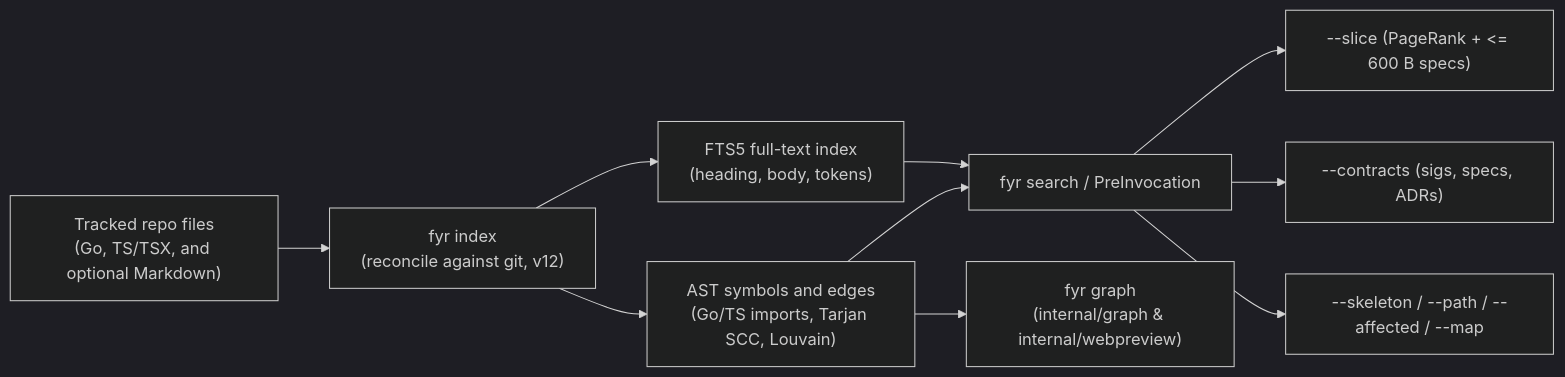
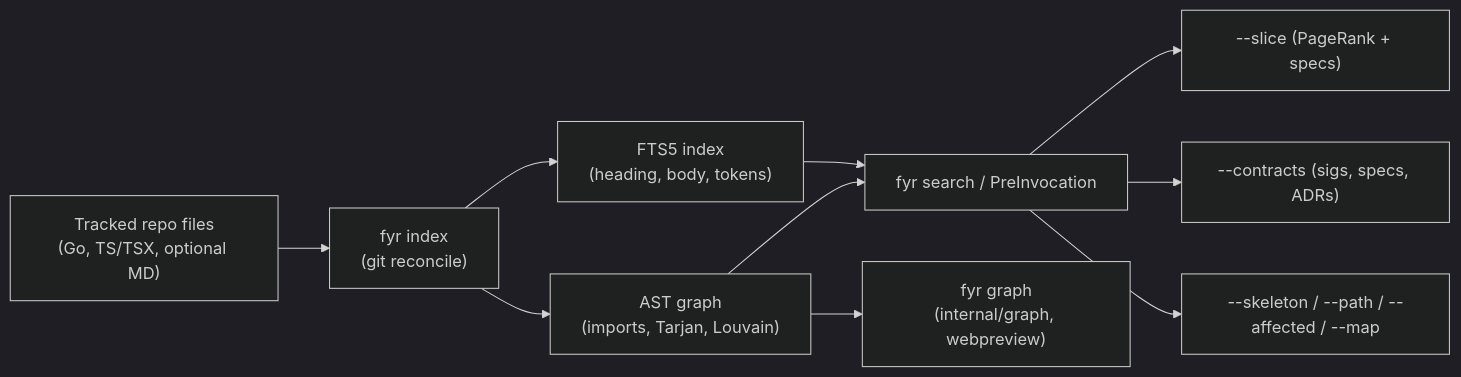
One commit to kesokaj/fyr changed the second of 7 diagrams in features/hooks-and-ast-graph.md. Above: the diagram before and after it, drawn with Mermaid (dark theme). The commit also changed other lines of this file and 3 other files, not shown here.

````diff
--- a/features/hooks-and-ast-graph.md
+++ b/features/hooks-and-ast-graph.md
@@ -40,12 +40,12 @@
 ```mermaid
 flowchart LR
-    repoFiles["Tracked repo files\n(Go, TS/TSX, and optional Markdown)"] --> indexer["fyr index\n(reconcile against git, v12)"]
-    indexer --> ftsIndex["FTS5 full-text index\n(heading, body, tokens)"]
-    indexer --> astGraph["AST symbols and edges\n(Go/TS imports, Tarjan SCC, Louvain)"]
+    repoFiles["Tracked repo files\n(Go, TS/TSX, optional MD)"] --> indexer["fyr index\n(git reconcile)"]
+    indexer --> ftsIndex["FTS5 index\n(heading, body, tokens)"]
+    indexer --> astGraph["AST graph\n(imports, Tarjan, Louvain)"]
     ftsIndex --> queryEngine["fyr search / PreInvocation"]
     astGraph --> queryEngine
-    astGraph --> graphCmd["fyr graph\n(internal/graph & internal/webpreview)"]
-    queryEngine --> sliceOut["--slice (PageRank + <= 600 B specs)"]
+    astGraph --> graphCmd["fyr graph\n(internal/graph, webpreview)"]
+    queryEngine --> sliceOut["--slice (PageRank + specs)"]
     queryEngine --> contractsOut["--contracts (sigs, specs, ADRs)"]
     queryEngine --> skelOut["--skeleton / --path / --affected / --map"]
 ```
````
